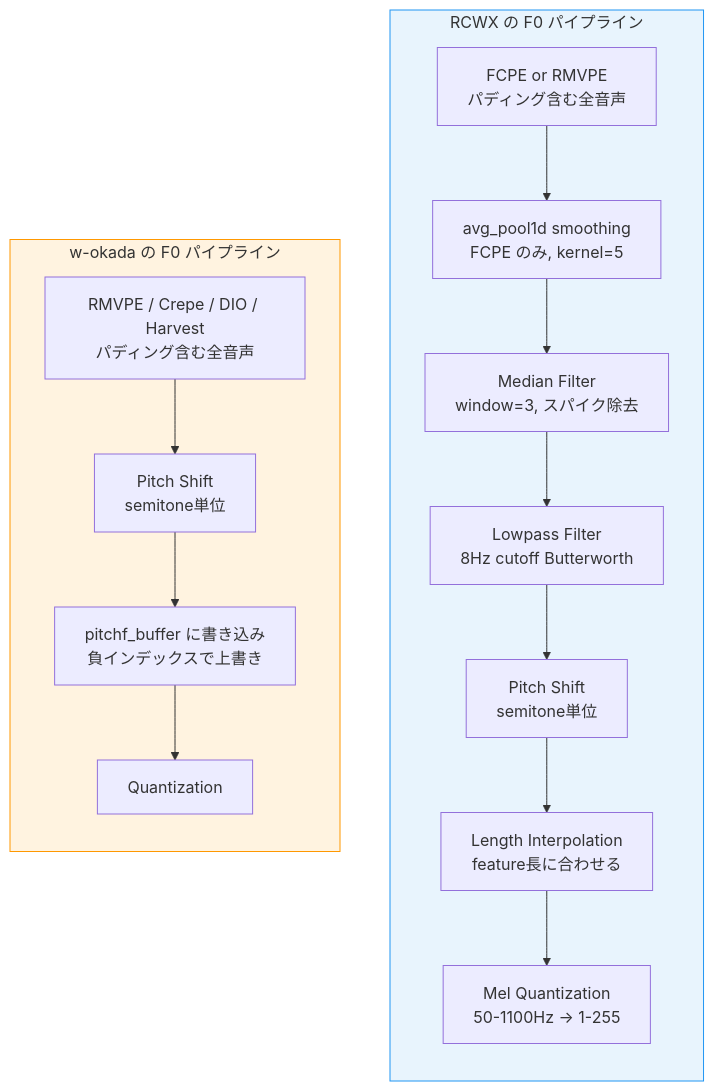
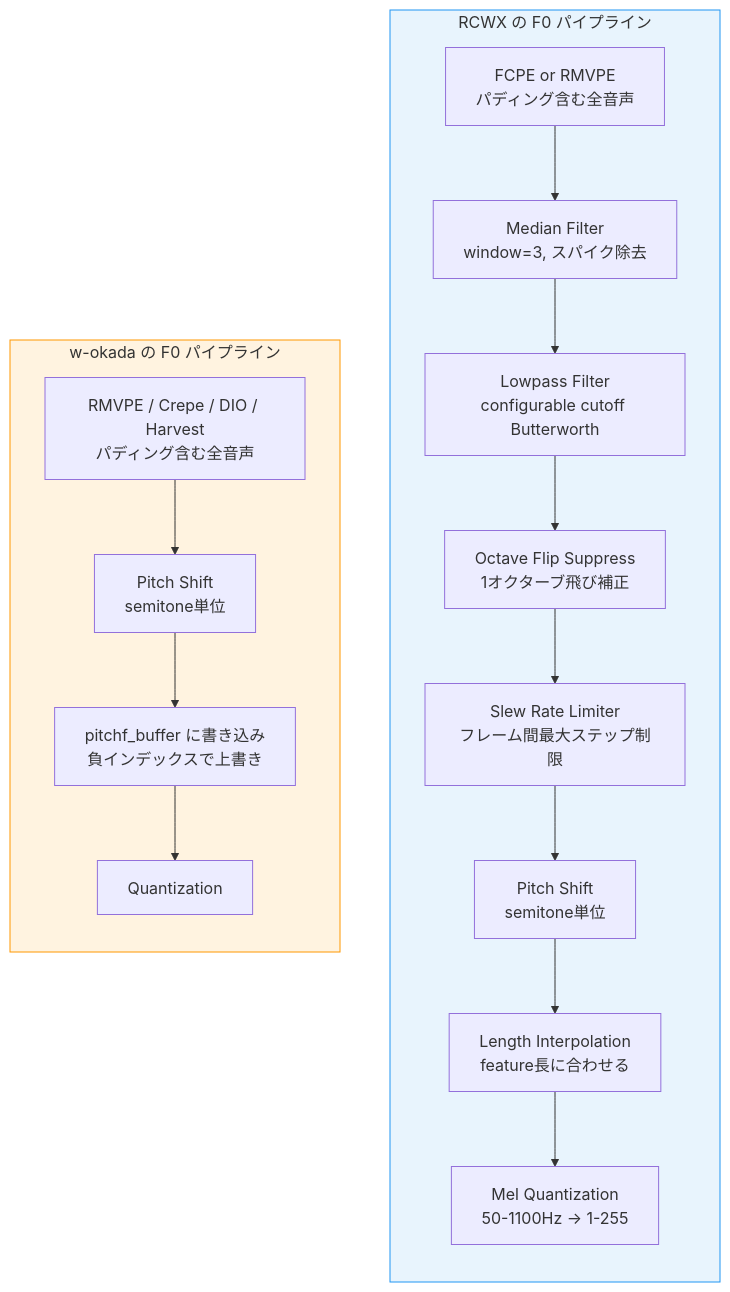
One commit to kjranyone/RCWX changed the ninth of 17 diagrams in docs/pipeline-comparison-wokada.md. Above: the diagram before and after it, drawn with Mermaid. The commit also changed other lines of this file and 8 other files, not shown here.

````diff
--- a/docs/pipeline-comparison-wokada.md
+++ b/docs/pipeline-comparison-wokada.md
@@ -318,22 +318,23 @@
 ```mermaid
 flowchart TB
     subgraph rcwx[RCWX の F0 パイプライン]
         direction TB
-        R1[FCPE or RMVPE<br/>パディング含む全音声] --> R2[avg_pool1d smoothing<br/>FCPE のみ, kernel=5]
-        R2 --> R3[Median Filter<br/>window=3, スパイク除去]
-        R3 --> R4[Lowpass Filter<br/>8Hz cutoff Butterworth]
-        R4 --> R5[Pitch Shift<br/>semitone単位]
+        R1[FCPE or RMVPE<br/>パディング含む全音声] --> R3[Median Filter<br/>window=3, スパイク除去]
+        R3 --> R4[Lowpass Filter<br/>configurable cutoff Butterworth]
+        R4 --> R4b[Octave Flip Suppress<br/>1オクターブ飛び補正]
+        R4b --> R4c[Slew Rate Limiter<br/>フレーム間最大ステップ制限]
+        R4c --> R5[Pitch Shift<br/>semitone単位]
         R5 --> R6[Length Interpolation<br/>feature長に合わせる]
         R6 --> R7[Mel Quantization<br/>50-1100Hz -> 1-255]
     end
 
     subgraph wokada[w-okada の F0 パイプライン]
         direction TB
         W1[RMVPE / Crepe / DIO / Harvest<br/>パディング含む全音声] --> W2[Pitch Shift<br/>semitone単位]
         W2 --> W3[pitchf_buffer に書き込み<br/>負インデックスで上書き]
         W3 --> W4[Quantization]
     end
 
     style rcwx fill:#e8f4fd,stroke:#2196F3
     style wokada fill:#fff3e0,stroke:#FF9800
 ```
````
